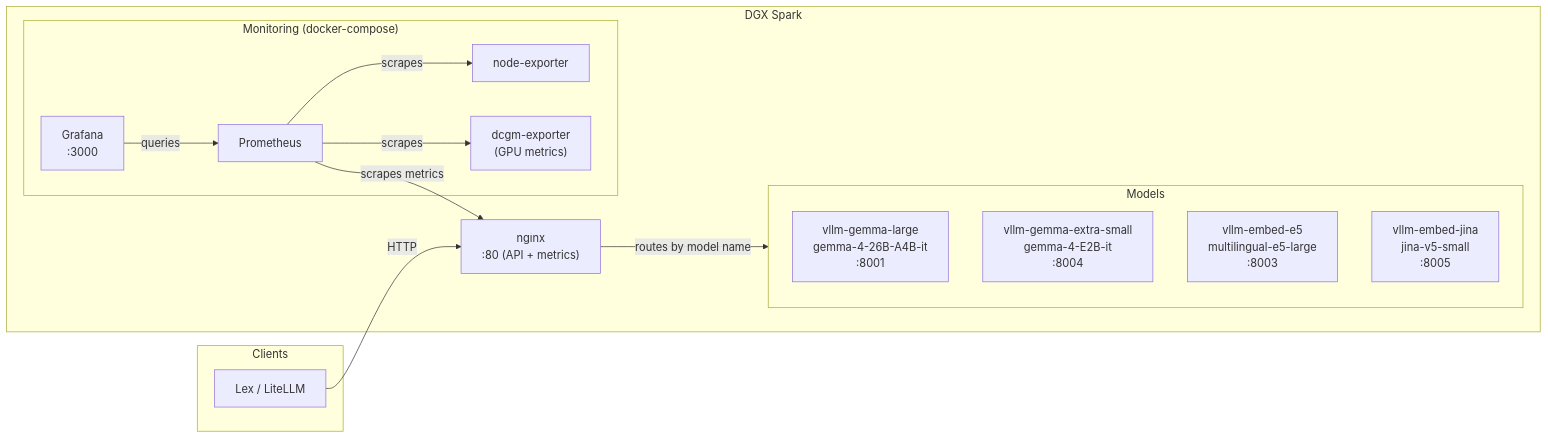
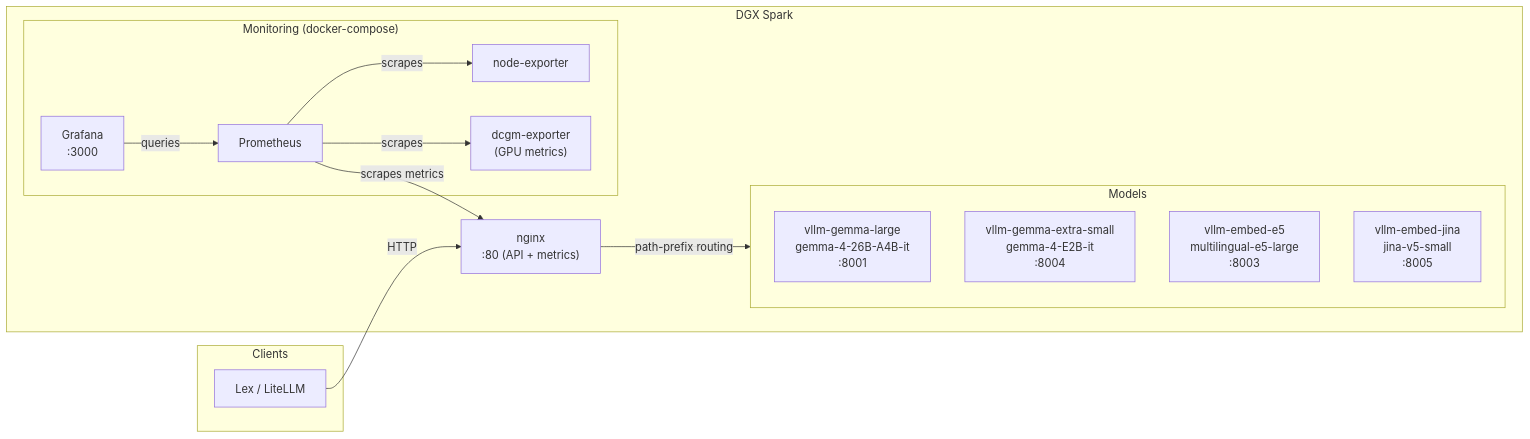
One commit to centre-for-humanities-computing/lex-spark changed the diagram in README.md. Above: the diagram before and after it, drawn with Mermaid. The commit also changed other lines of this file and 2 other files, not shown here.

````diff
--- a/README.md
+++ b/README.md
@@ -12,31 +12,31 @@
 ```mermaid
 flowchart LR
     subgraph Clients
         A[Lex / LiteLLM]
     end
 
     subgraph DGX["DGX Spark"]
         N["nginx<br/>:80 (API + metrics)"]
 
         subgraph Models
             G1["vllm-gemma-large<br/>gemma-4-26B-A4B-it<br/>:8001"]
             G2["vllm-gemma-extra-small<br/>gemma-4-E2B-it<br/>:8004"]
             E1["vllm-embed-e5<br/>multilingual-e5-large<br/>:8003"]
             E2["vllm-embed-jina<br/>jina-v5-small<br/>:8005"]
         end
 
         subgraph Monitoring["Monitoring (docker-compose)"]
             P["Prometheus"]
             GF["Grafana<br/>:3000"]
             NE["node-exporter"]
             DC["dcgm-exporter<br/>(GPU metrics)"]
         end
     end
 
     A -->|HTTP| N
-    N -->|routes by model name| Models
+    N -->|path-prefix routing| Models
     P -->|scrapes| NE
     P -->|scrapes| DC
     P -->|scrapes metrics| N
     GF -->|queries| P
 ```
````
